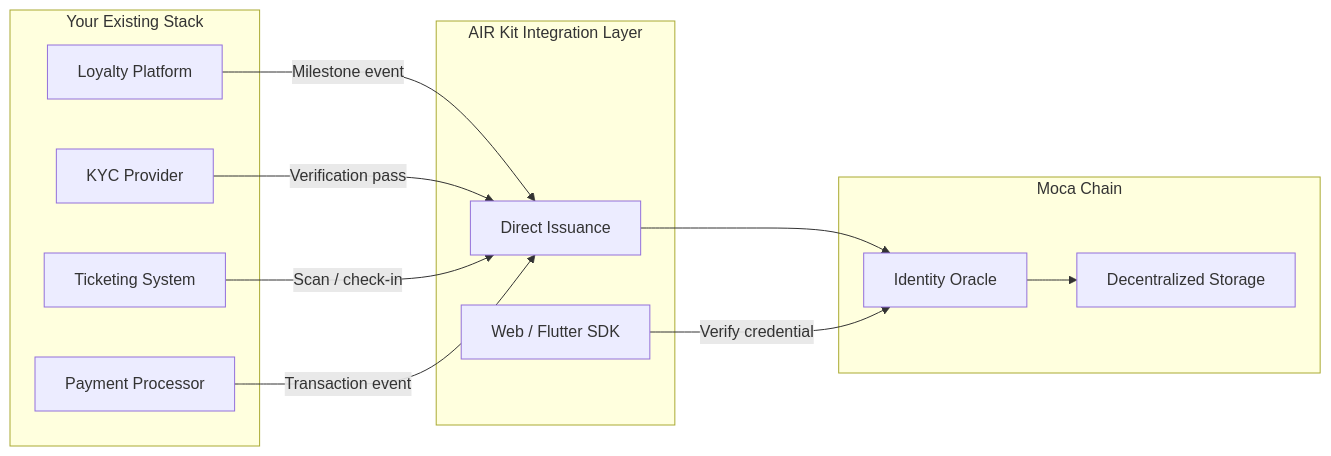
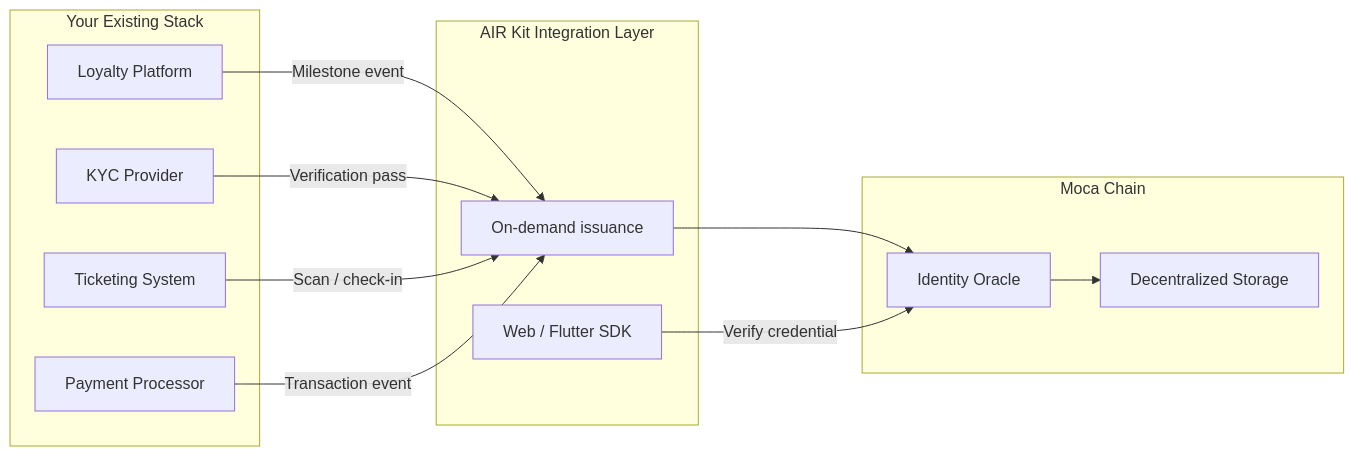
The sixth of 6 diagrams in airkit/guides/overview.mdx (MocaNetwork/docs), drawn with Mermaid before and after one commit. The commit also changed other lines of this file and 31 other files, not shown here.

````diff
--- a/airkit/guides/overview.mdx
+++ b/airkit/guides/overview.mdx
@@ -126,27 +126,27 @@
 ```mermaid
 graph LR
     subgraph Existing["Your Existing Stack"]
       L[Loyalty Platform]
       K[KYC Provider]
       T[Ticketing System]
       P[Payment Processor]
     end
 
     subgraph AIR["AIR Kit Integration Layer"]
-      IB[Direct Issuance]
+      IB[On-demand issuance]
       SDK2[Web / Flutter SDK]
     end
 
     subgraph MocaChain["Moca Chain"]
       ORC[Identity Oracle]
       STORE[Decentralized Storage]
     end
 
     L -->|Milestone event| IB
     K -->|Verification pass| IB
     T -->|Scan / check-in| IB
     P -->|Transaction event| IB
     IB --> ORC
     ORC --> STORE
     SDK2 -->|Verify credential| ORC
 ```
````
